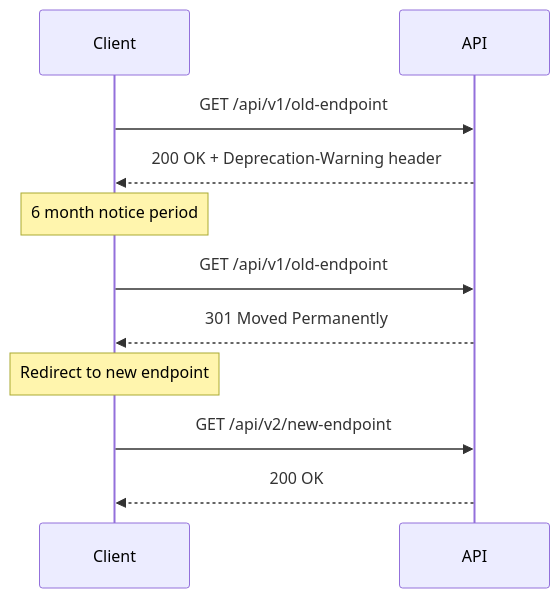
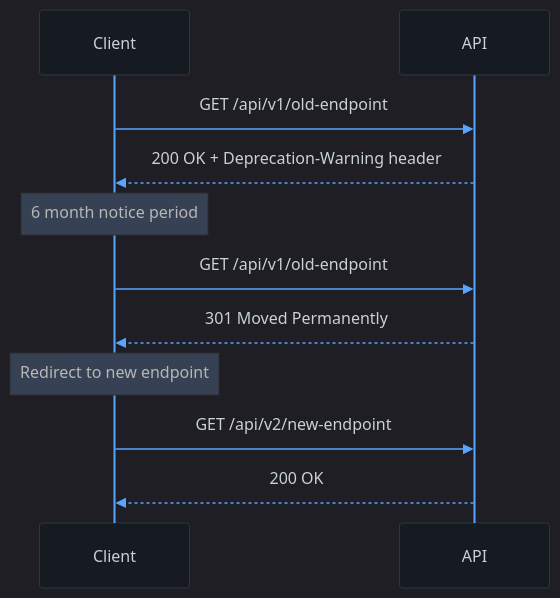
One commit to spiralhouse/cycletime changed the eighth of 8 diagrams in docs/api/best-practices.md. Above: the diagram before and after it, drawn with Mermaid. The commit also changed other lines of this file and 2 other files, not shown here.

First line of the commit message:
refactor(docs): optimize all Mermaid diagrams for dark mode (SPI-649)

````diff
--- a/docs/api/best-practices.md
+++ b/docs/api/best-practices.md
@@ -418,14 +425,15 @@
 ```mermaid
+%%{init: {'theme':'dark', 'themeVariables': {'darkMode':true, 'background':'#0d1117', 'mainBkg':'#161b22', 'secondBkg':'#21262d', 'lineColor':'#58a6ff', 'primaryColor':'#58a6ff', 'primaryTextColor':'#c9d1d9', 'primaryBorderColor':'#30363d', 'actorBkg':'#161b22', 'actorBorder':'#30363d', 'actorTextColor':'#c9d1d9', 'actorLineColor':'#58a6ff', 'signalColor':'#58a6ff', 'signalTextColor':'#c9d1d9'}}}%%
 sequenceDiagram
     participant Client
     participant API
 
     Client->>API: GET /api/v1/old-endpoint
     API-->>Client: 200 OK + Deprecation-Warning header
     Note over Client: 6 month notice period
     Client->>API: GET /api/v1/old-endpoint
     API-->>Client: 301 Moved Permanently
     Note over Client: Redirect to new endpoint
     Client->>API: GET /api/v2/new-endpoint
     API-->>Client: 200 OK
 ```
````
